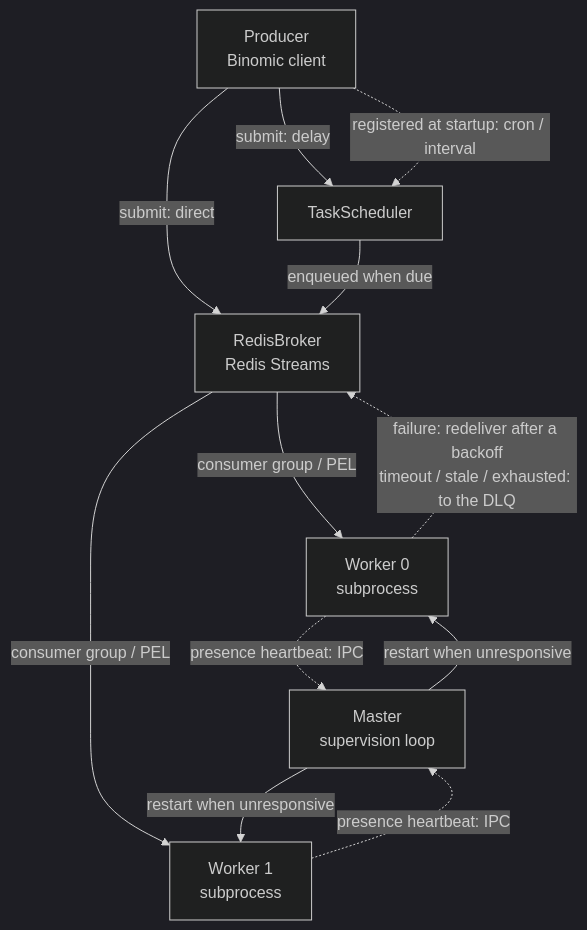
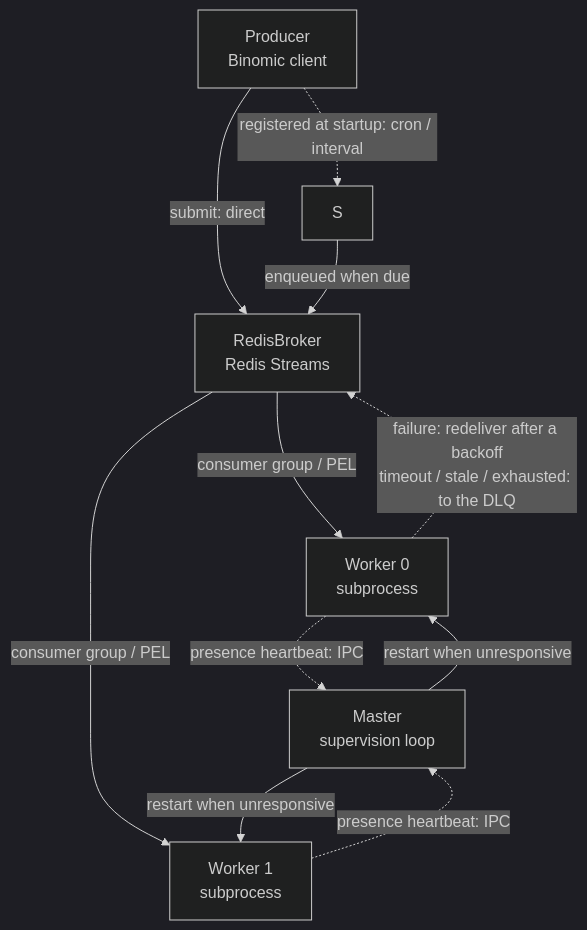
Before and after one commit to Ahsen17/binomic: the diagram in README_en.md, drawn with Mermaid (dark theme). The commit also changed other lines of this file and 13 other files, not shown here.

````diff
--- a/README_en.md
+++ b/README_en.md
@@ -165,14 +161,13 @@
 ```mermaid
 flowchart TD
     P[Producer<br>Binomic client] -->|submit: direct| B[RedisBroker<br>Redis Streams]
-    P -->|submit: delay| S[TaskScheduler]
     P -.->|registered at startup: cron / interval| S
     S -->|enqueued when due| B
     B -->|consumer group / PEL| W1[Worker 0<br>subprocess]
     B -->|consumer group / PEL| W2[Worker 1<br>subprocess]
     W1 -.->|failure: redeliver after a backoff<br>timeout / stale / exhausted: to the DLQ| B
     M[Master<br>supervision loop] -->|restart when unresponsive| W1
     M -->|restart when unresponsive| W2
     W1 -.->|presence heartbeat: IPC| M
     W2 -.->|presence heartbeat: IPC| M
 ```
````
